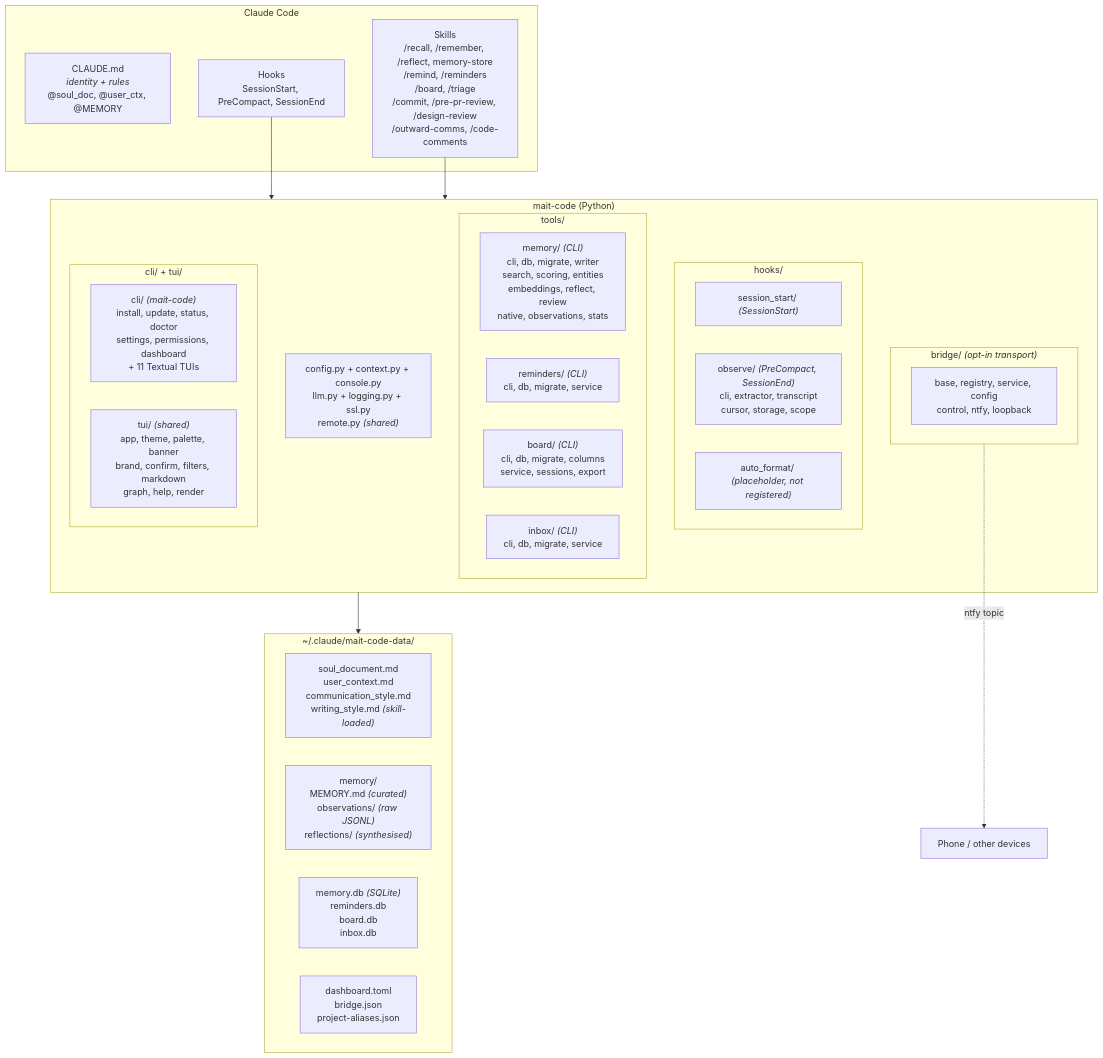
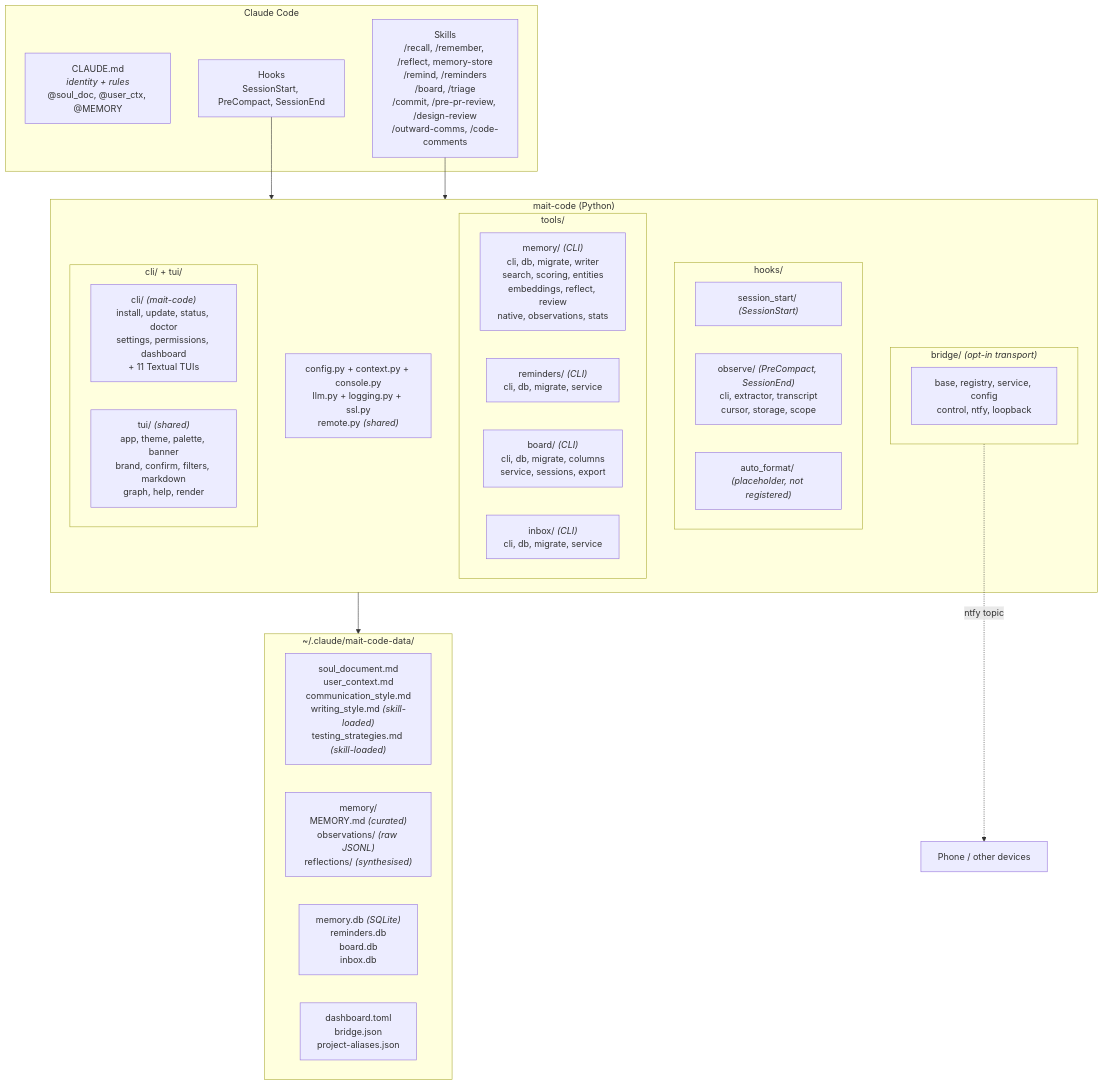
One commit to wiktordepina/mait-code changed the first of 4 diagrams in docs/architecture.md. Above: the diagram before and after it, drawn with Mermaid. The commit also changed other lines of this file and 23 other files, not shown here.

First line of the commit message:
feat(board): testing strategies for refinement and a pr-skill setting

````diff
--- a/docs/architecture.md
+++ b/docs/architecture.md
@@ -14,42 +14,42 @@
 ```mermaid
 graph TD
     subgraph claude_code ["Claude Code"]
         CLAUDE_MD["CLAUDE.md<br/><i>identity + rules</i><br/>@soul_doc, @user_ctx, @MEMORY"]
         HOOKS["Hooks<br/>SessionStart, PreCompact, SessionEnd"]
         SKILLS["Skills<br/>/recall, /remember, /reflect, memory-store<br/>/remind, /reminders<br/>/board, /triage<br/>/commit, /pre-pr-review, /design-review<br/>/outward-comms, /code-comments"]
     end
 
     subgraph mait_code ["mait-code (Python)"]
         subgraph hooks_pkg ["hooks/"]
             session_start["session_start/ <i>(SessionStart)</i>"]
             observe["observe/ <i>(PreCompact, SessionEnd)</i><br/>cli, extractor, transcript<br/>cursor, storage, scope"]
             auto_format["auto_format/ <i>(placeholder, not registered)</i>"]
         end
         subgraph tools_pkg ["tools/"]
             memory_tool["memory/ <i>(CLI)</i><br/>cli, db, migrate, writer<br/>search, scoring, entities<br/>embeddings, reflect, review<br/>native, observations, stats"]
             reminders_tool["reminders/ <i>(CLI)</i><br/>cli, db, migrate, service"]
             board_tool["board/ <i>(CLI)</i><br/>cli, db, migrate, columns<br/>service, sessions, export"]
             inbox_tool["inbox/ <i>(CLI)</i><br/>cli, db, migrate, service"]
         end
         subgraph bridge_pkg ["bridge/ <i>(opt-in transport)</i>"]
             bridge_core["base, registry, service, config<br/>control, ntfy, loopback"]
         end
         subgraph ui_pkg ["cli/ + tui/"]
             cli_layer["cli/ <i>(mait-code)</i><br/>install, update, status, doctor<br/>settings, permissions, dashboard<br/>+ 11 Textual TUIs"]
             tui_layer["tui/ <i>(shared)</i><br/>app, theme, palette, banner<br/>brand, confirm, filters, markdown<br/>graph, help, render"]
         end
         shared["config.py + context.py + console.py<br/>llm.py + logging.py + ssl.py<br/>remote.py <i>(shared)</i>"]
     end
 
     subgraph data_dir ["~/.claude/mait-code-data/"]
-        identity["soul_document.md<br/>user_context.md<br/>communication_style.md<br/>writing_style.md <i>(skill-loaded)</i>"]
+        identity["soul_document.md<br/>user_context.md<br/>communication_style.md<br/>writing_style.md <i>(skill-loaded)</i><br/>testing_strategies.md <i>(skill-loaded)</i>"]
         memory_store["memory/<br/>MEMORY.md <i>(curated)</i><br/>observations/ <i>(raw JSONL)</i><br/>reflections/ <i>(synthesised)</i>"]
         other_dbs["memory.db <i>(SQLite)</i><br/>reminders.db<br/>board.db<br/>inbox.db"]
         cfg["dashboard.toml<br/>bridge.json<br/>project-aliases.json"]
     end
 
     HOOKS --> mait_code
     SKILLS --> mait_code
     mait_code --> data_dir
     bridge_pkg -.->|"ntfy topic"| phone["Phone / other devices"]
 ```
````
